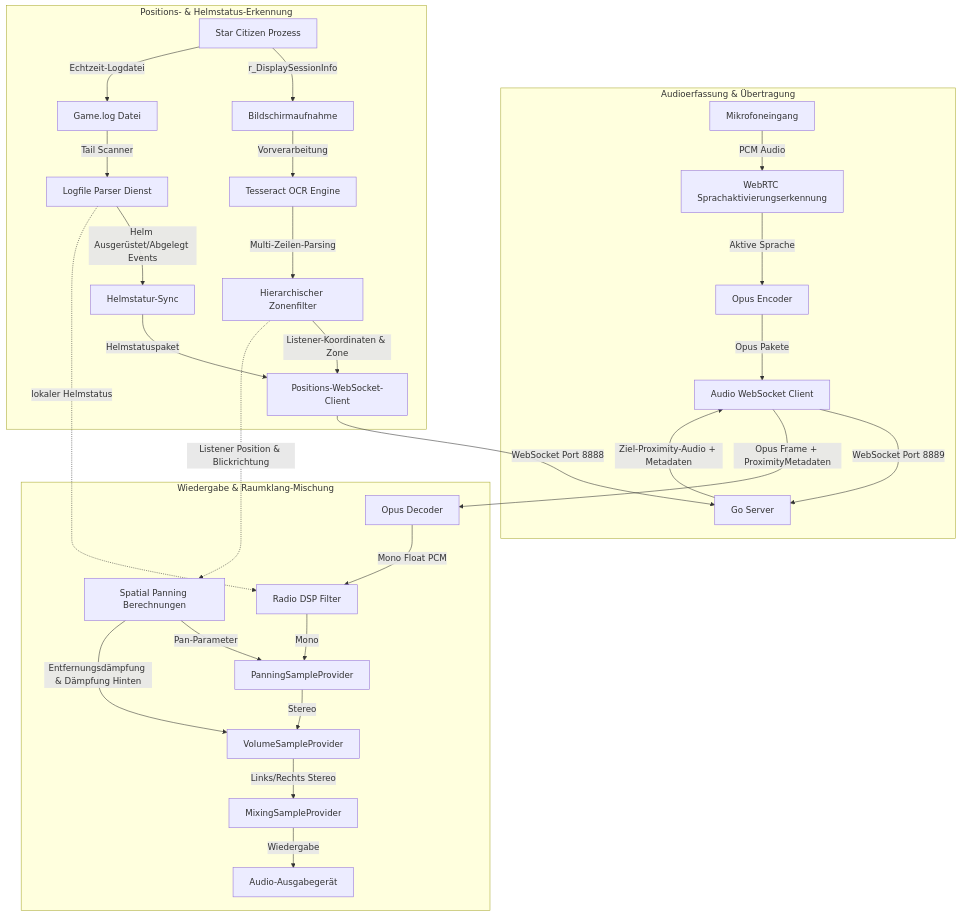
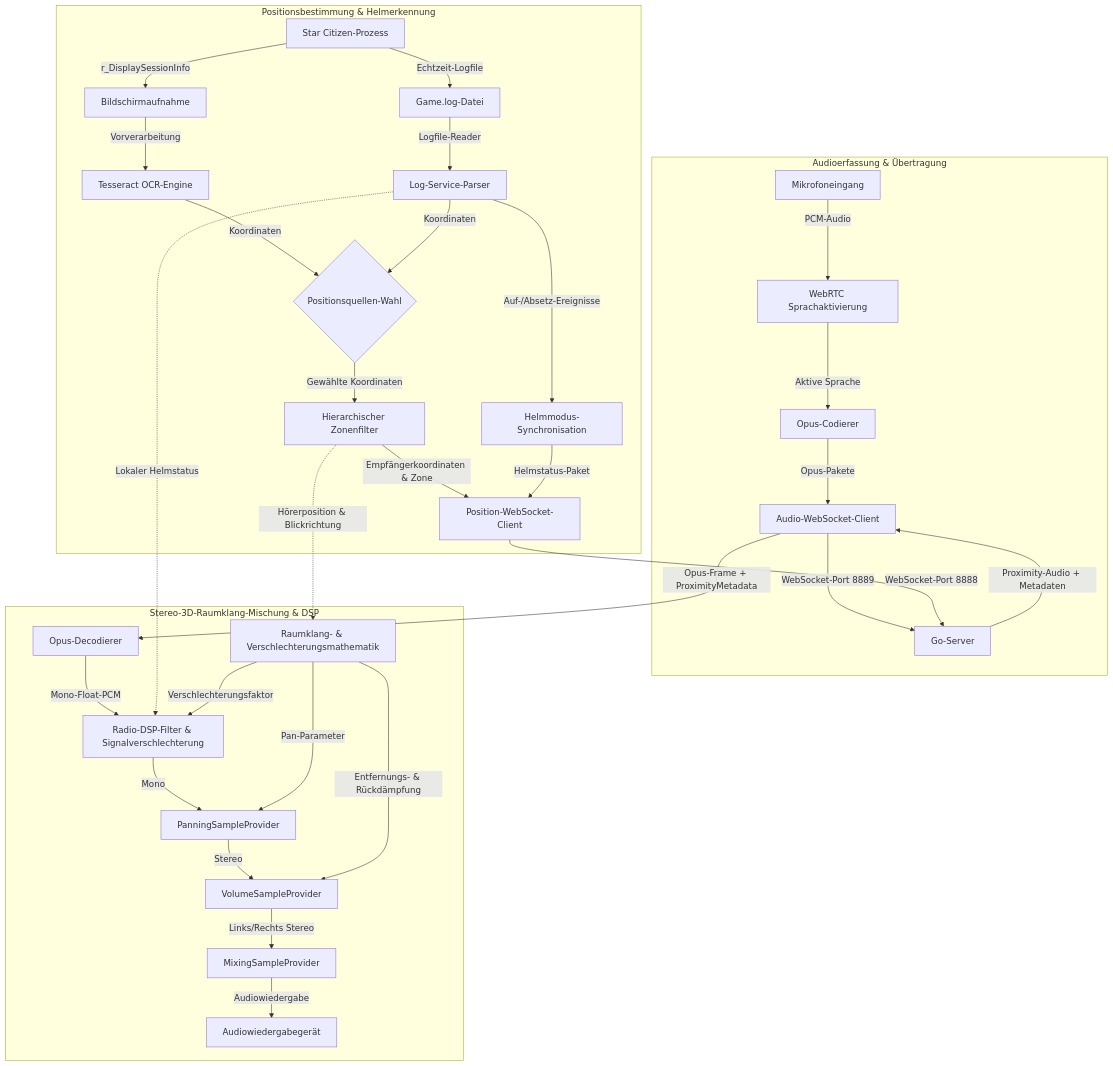
One commit to XuruDragon/XuruVOIP changed the diagram in doc/README.de.md. Above: the diagram before and after it, drawn with Mermaid. The commit also changed other lines of this file and 17 other files, not shown here.

First line of the commit message:
docs,tests: document position source toggle, radio dsp effects, overlay, and radar map

````diff
--- a/doc/README.de.md
+++ b/doc/README.de.md
@@ -80,39 +80,45 @@
 ```mermaid
 graph TD
     subgraph Audioerfassung & Übertragung
-        Mic[Mikrofoneingang] -->|PCM Audio| VAD[WebRTC Sprachaktivierungserkennung]
-        VAD -->|Aktive Sprache| OpusEnc[Opus Encoder]
-        OpusEnc -->|Opus Pakete| AudioWS[Audio WebSocket Client]
-        AudioWS -->|WebSocket Port 8889| Server[Go Server]
+        Mic[Mikrofoneingang] -->|PCM-Audio| VAD[WebRTC Sprachaktivierung]
+        VAD -->|Aktive Sprache| OpusEnc[Opus-Codierer]
+        OpusEnc -->|Opus-Pakete| AudioWS[Audio-WebSocket-Client]
+        AudioWS -->|WebSocket-Port 8889| Server[Go-Server]
     end
 
-    subgraph Positions- & Helmstatus-Erkennung
-        SC[Star Citizen Prozess] -->|r_DisplaySessionInfo| Screen[Bildschirmaufnahme]
-        Screen -->|Vorverarbeitung| Tess[Tesseract OCR Engine]
-        Tess -->|Multi-Zeilen-Parsing| Zone[Hierarchischer Zonenfilter]
-        Zone -->|Listener-Koordinaten & Zone| PosWS[Positions-WebSocket-Client]
-        PosWS -->|WebSocket Port 8888| Server
+    subgraph Positionsbestimmung & Helmerkennung
+        SC[Star Citizen-Prozess] -->|r_DisplaySessionInfo| Screen[Bildschirmaufnahme]
+        Screen -->|Vorverarbeitung| Tess[Tesseract OCR-Engine]
+        
+        SC -->|Echtzeit-Logfile| GameLog[Game.log-Datei]
+        GameLog -->|Logfile-Reader| LogParser[Log-Service-Parser]
+        
+        Tess -->|Koordinaten| PosSelector{Positionsquellen-Wahl}
+        LogParser -->|Koordinaten| PosSelector
+        
+        PosSelector -->|Gewählte Koordinaten| Zone[Hierarchischer Zonenfilter]
+        Zone -->|Empfängerkoordinaten & Zone| PosWS[Position-WebSocket-Client]
+        PosWS -->|WebSocket-Port 8888| Server
 
-        SC -->|Echtzeit-Logdatei| GameLog[Game.log Datei]
-        GameLog -->|Tail Scanner| LogParser[Logfile Parser Dienst]
-        LogParser -->|Helm Ausgerüstet/Abgelegt Events| Helmet[Helmstatur-Sync]
-        Helmet -->|Helmstatuspaket| PosWS
+        LogParser -->|Auf-/Absetz-Ereignisse| Helmet[Helmmodus-Synchronisation]
+        Helmet -->|Helmstatus-Paket| PosWS
     end
 
-    subgraph Wiedergabe & Raumklang-Mischung
-        Server -->|Ziel-Proximity-Audio + Metadaten| AudioWS
-        AudioWS -->|Opus Frame + ProximityMetadaten| Decoder[Opus Decoder]
-        Decoder -->|Mono Float PCM| DSP[Radio DSP Filter]
+    subgraph Stereo-3D-Raumklang-Mischung & DSP
+        Server -->|Proximity-Audio + Metadaten| AudioWS
+        AudioWS -->|Opus-Frame + ProximityMetadata| Decoder[Opus-Decodierer]
+        Decoder -->|Mono-Float-PCM| DSP[Radio-DSP-Filter & Signalverschlechterung]
         DSP -->|Mono| Panner[PanningSampleProvider]
         Panner -->|Stereo| Volume[VolumeSampleProvider]
         
-        LogParser -.->|lokaler Helmstatus| DSP
-        Zone -.->|Listener Position & Blickrichtung| MixerMath[Spatial Panning Berechnungen]
+        LogParser -.->|Lokaler Helmstatus| DSP
+        Zone -.->|Hörerposition & Blickrichtung| MixerMath[Raumklang- & Verschlechterungsmathematik]
         
         MixerMath -->|Pan-Parameter| Panner
-        MixerMath -->|Entfernungsdämpfung & Dämpfung Hinten| Volume
+        MixerMath -->|Entfernungs- & Rückdämpfung| Volume
+        MixerMath -->|Verschlechterungsfaktor| DSP
         
         Volume -->|Links/Rechts Stereo| Mixer[MixingSampleProvider]
-        Mixer -->|Wiedergabe| Speakers[Audio-Ausgabegerät]
+        Mixer -->|Audiowiedergabe| Speakers[Audiowiedergabegerät]
     end
 ```
````
